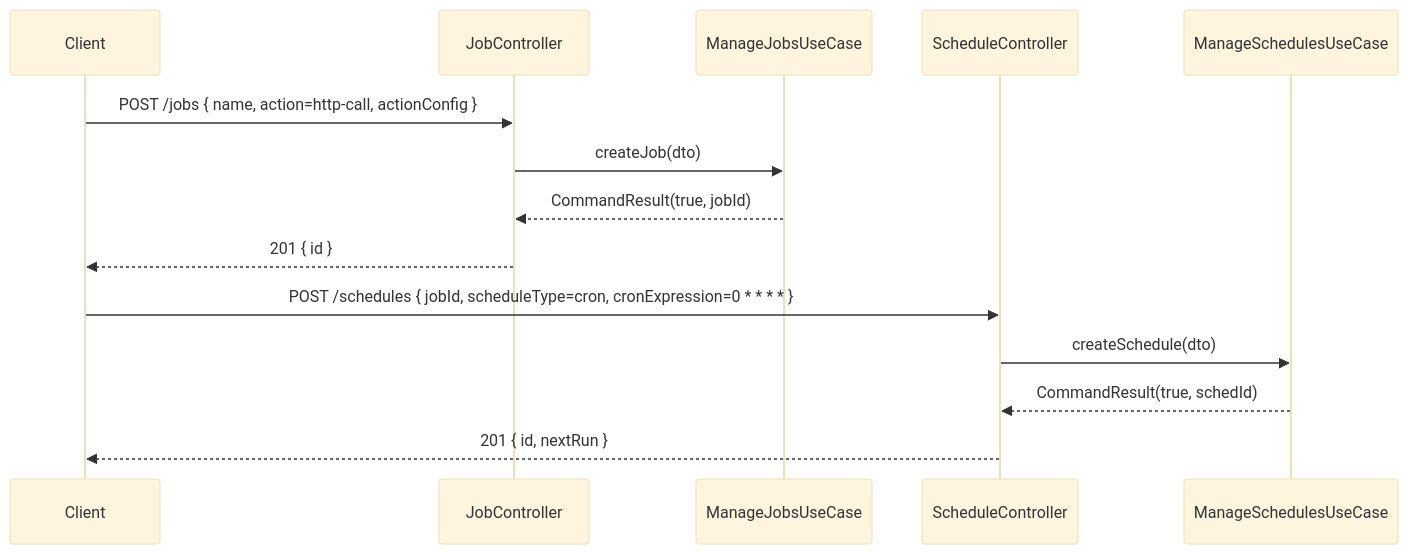
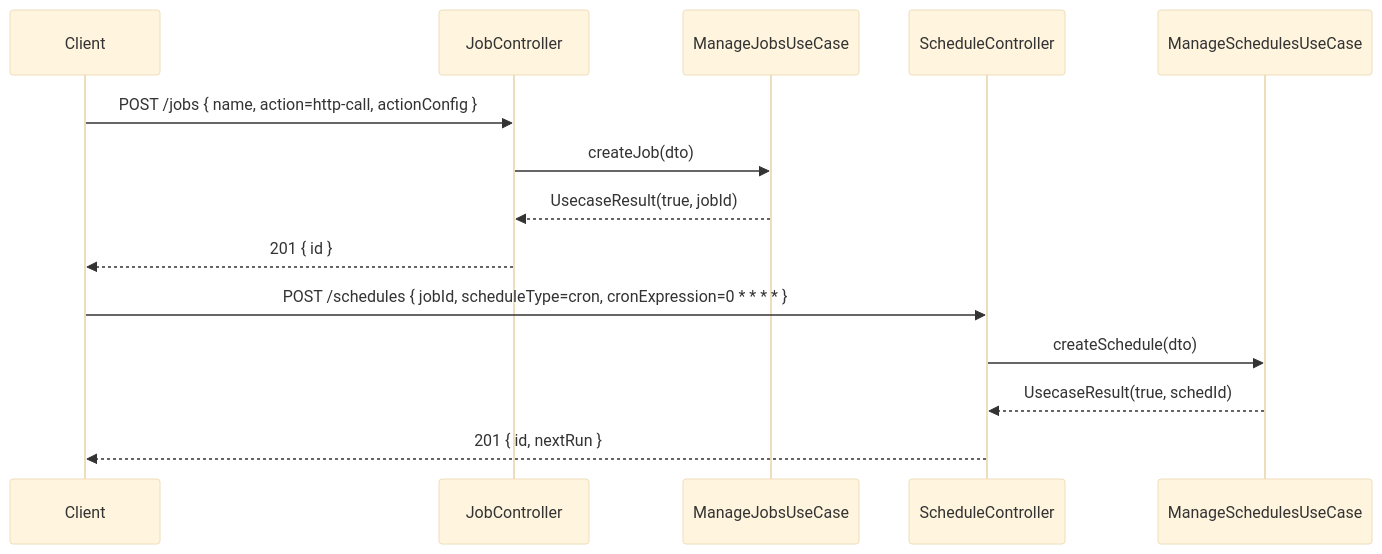
Before and after one commit to UIMSolutions/uim-platform: the third of 3 diagrams in job-scheduling/UML.md, drawn with Mermaid (base theme). The commit also changed 907 other files, not shown here.

Commit message:
Rename CommandResult

````diff
--- a/job-scheduling/UML.md
+++ b/job-scheduling/UML.md
@@ -94,18 +94,18 @@
 ```mermaid
 sequenceDiagram
     participant Client
     participant JC as JobController
     participant JUC as ManageJobsUseCase
     participant SC as ScheduleController
     participant SUC as ManageSchedulesUseCase
 
     Client->>JC: POST /jobs { name, action=http-call, actionConfig }
     JC->>JUC: createJob(dto)
-    JUC-->>JC: CommandResult(true, jobId)
+    JUC-->>JC: UsecaseResult(true, jobId)
     JC-->>Client: 201 { id }
 
     Client->>SC: POST /schedules { jobId, scheduleType=cron, cronExpression=0 * * * * }
     SC->>SUC: createSchedule(dto)
-    SUC-->>SC: CommandResult(true, schedId)
+    SUC-->>SC: UsecaseResult(true, schedId)
     SC-->>Client: 201 { id, nextRun }
 ```
````
